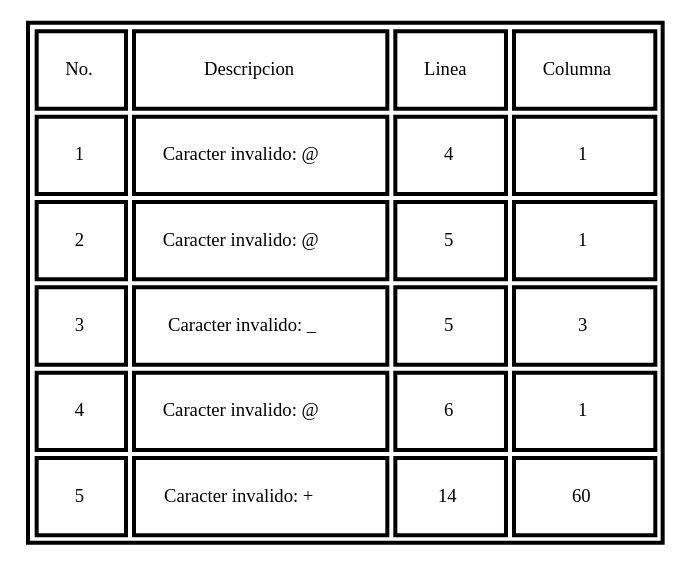
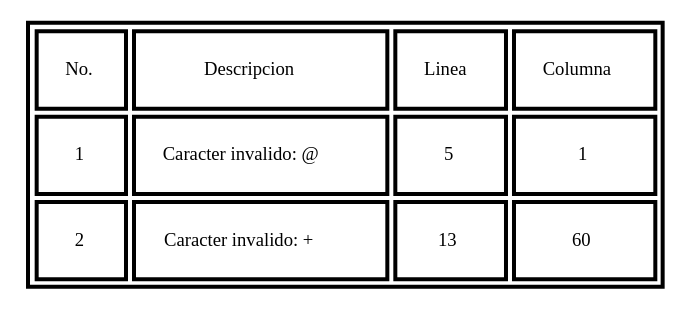
The diagram in errores.dot (kevinmp2/LFP_PROYECTO2_202103206), drawn with Graphviz before and after one commit. The commit also changed 8 other files, not shown here.

```diff
--- a/errores.dot
+++ b/errores.dot
@@ -1,1 +1,1 @@
-digraph G {a0[shape=none label=<<TABLE align="center" border="3" cellspacing="3" cellpadding="20"><TR><TD><FONT FACE="bold">No.</FONT></TD><TD><FONT FACE="bold">Descripcion</FONT></TD><TD><FONT FACE="bold">Linea</FONT></TD><TD><FONT FACE="bold">Columna</FONT></TD></TR><TR><TD>1</TD><TD>Caracter invalido: @</TD><TD>4</TD><TD>1</TD></TR><TR><TD>2</TD><TD>Caracter invalido: @</TD><TD>5</TD><TD>1</TD></TR><TR><TD>3</TD><TD>Caracter invalido: _</TD><TD>5</TD><TD>3</TD></TR><TR><TD>4</TD><TD>Caracter invalido: @</TD><TD>6</TD><TD>1</TD></TR><TR><TD>5</TD><TD>Caracter invalido: +</TD><TD>14</TD><TD>60</TD></TR></TABLE>>];}
+digraph G {a0[shape=none label=<<TABLE align="center" border="3" cellspacing="3" cellpadding="20"><TR><TD><FONT FACE="bold">No.</FONT></TD><TD><FONT FACE="bold">Descripcion</FONT></TD><TD><FONT FACE="bold">Linea</FONT></TD><TD><FONT FACE="bold">Columna</FONT></TD></TR><TR><TD>1</TD><TD>Caracter invalido: @</TD><TD>5</TD><TD>1</TD></TR><TR><TD>2</TD><TD>Caracter invalido: +</TD><TD>13</TD><TD>60</TD></TR></TABLE>>];}
```
